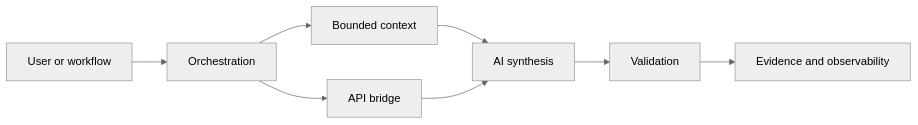
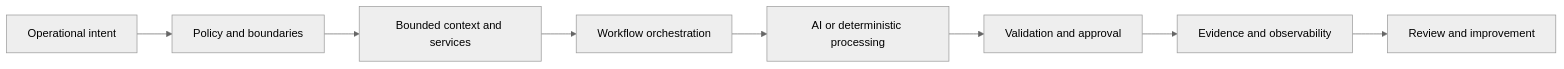
One commit to rienregalado/rienregalado changed the diagram in README.md. Above: the diagram before and after it, drawn with Mermaid (neutral theme). The commit also changed other lines of this file, not shown here.

````diff
--- a/README.md
+++ b/README.md
@@ -33,10 +44,10 @@
 ```mermaid
 flowchart LR
-    U[User or workflow] --> O[Orchestration]
-    O --> C[Bounded context]
-    O --> B[API bridge]
-    C --> A[AI synthesis]
-    B --> A
-    A --> V[Validation]
+    I[Operational intent] --> P[Policy and boundaries]
+    P --> C[Bounded context and services]
+    C --> O[Workflow orchestration]
+    O --> A[AI or deterministic processing]
+    A --> V[Validation and approval]
     V --> E[Evidence and observability]
+    E --> R[Review and improvement]
 ```
````
